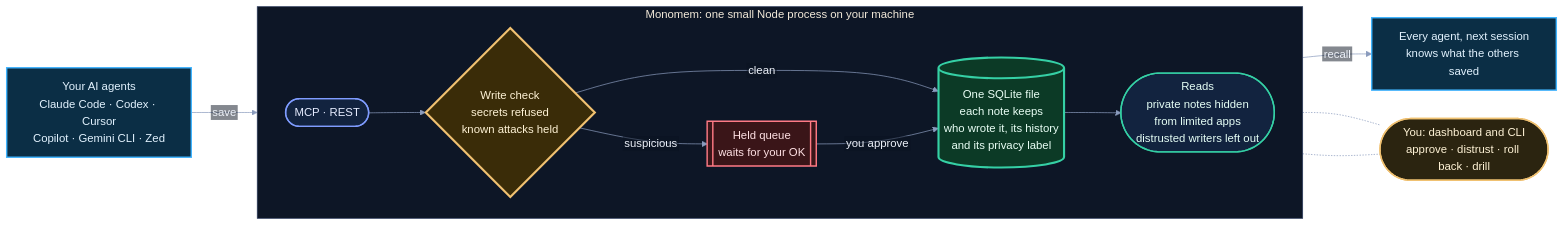
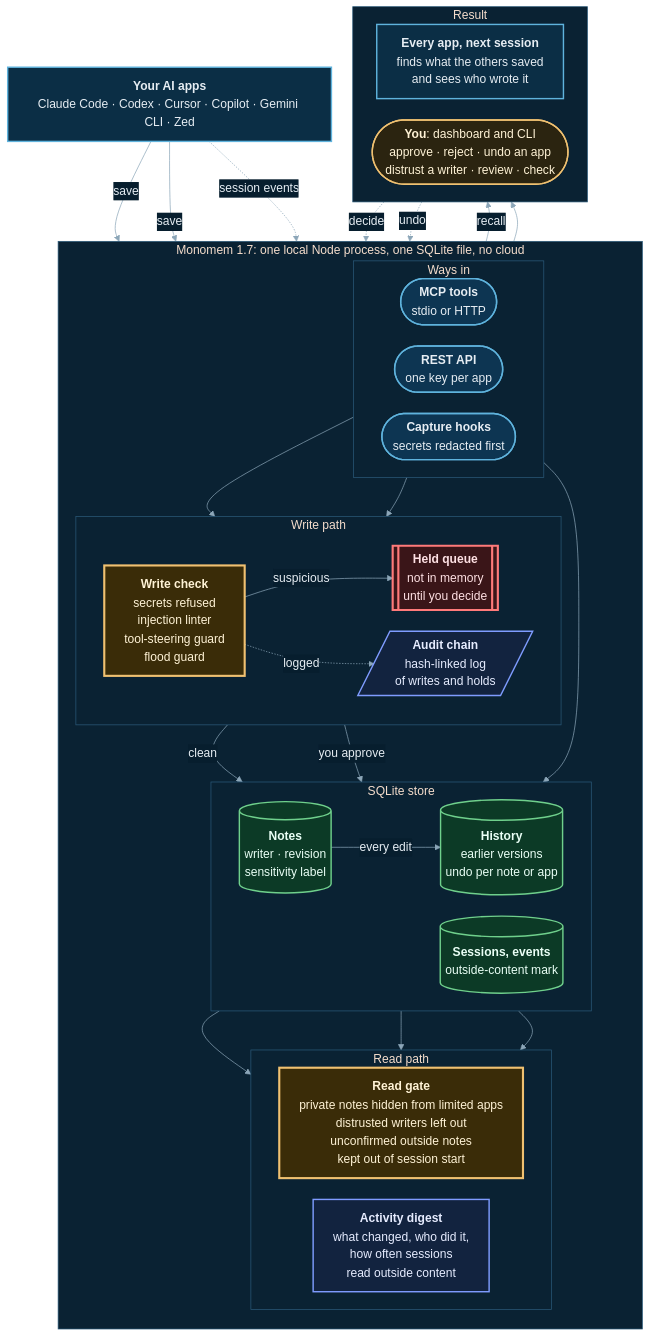
The diagram in docs/monomem-architecture.mmd (calasdan-sketch/monomem), drawn with Mermaid before and after one commit. The commit also changed 10 other files, not shown here.

Commit message:
docs: 1.7.0 demo GIF/MP4, screenshots and architecture diagram from a real run

```diff
--- a/docs/monomem-architecture.mmd
+++ b/docs/monomem-architecture.mmd
@@ -1,44 +1,74 @@
-%%{init: {"theme":"base","flowchart":{"useMaxWidth":false,"htmlLabels":false,"curve":"basis","nodeSpacing":40,"rankSpacing":55},
-  "themeVariables":{"fontFamily":"Arial, Helvetica, sans-serif","fontSize":"16px",
-  "primaryColor":"#12233f","primaryTextColor":"#eef2fa","primaryBorderColor":"#2b3a5c",
-  "lineColor":"#8a9bbd","clusterBkg":"#0d1626","clusterBorder":"#2b3a5c",
-  "edgeLabelBackground":"#0b1220","tertiaryColor":"#0d1626"}}}%%
-flowchart LR
-  AG["Your AI agents<br/>Claude Code · Codex · Cursor<br/>Copilot · Gemini CLI · Zed"]
-  AG2["Every agent, next session<br/>knows what the others saved"]
+%%{init: {"theme":"base","flowchart":{"useMaxWidth":false,"htmlLabels":true,"wrappingWidth":400,"curve":"basis","nodeSpacing":30,"rankSpacing":30,"padding":14},
+  "themeVariables":{"fontFamily":"Arial, Helvetica, sans-serif","fontSize":"17px",
+  "primaryColor":"#0B2E45","primaryTextColor":"#E6EDF3","primaryBorderColor":"#2b5a7a",
+  "lineColor":"#8CA6B8","clusterBkg":"#0a2233","clusterBorder":"#2b5a7a",
+  "edgeLabelBackground":"#071E2E","tertiaryColor":"#0a2233"}}}%%
+flowchart TB
+  APPS["<b>Your AI apps</b><br/>Claude Code · Codex · Cursor · Copilot · Gemini CLI · Zed"]
 
-  subgraph mm["Monomem: one small Node process on your machine"]
-    direction LR
-    IN(["MCP · REST"])
-    GATE{"Write check<br/>secrets refused<br/>known attacks held"}
-    HELD[["Held queue<br/>waits for your OK"]]
-    DB[("One SQLite file<br/>each note keeps<br/>who wrote it, its history<br/>and its privacy label")]
-    OUT(["Reads<br/>private notes hidden<br/>from limited apps<br/>distrusted writers left out"])
-    IN --> GATE
-    GATE -- "clean" --> DB
-    GATE -- "suspicious" --> HELD
-    HELD -- "you approve" --> DB
-    DB --> OUT
+  subgraph mm["Monomem 1.7: one local Node process, one SQLite file, no cloud"]
+    direction TB
+    subgraph door["Ways in"]
+      direction LR
+      MCP(["<b>MCP tools</b><br/>stdio or HTTP"])
+      REST(["<b>REST API</b><br/>one key per app"])
+      HOOK(["<b>Capture hooks</b><br/>secrets redacted first"])
+    end
+    subgraph wp["Write path"]
+      direction LR
+      CHECK["<b>Write check</b><br/>secrets refused<br/>injection linter<br/>tool-steering guard<br/>flood guard"]
+      HELD[["<b>Held queue</b><br/>not in memory<br/>until you decide"]]
+      AUDIT[/"<b>Audit chain</b><br/>hash-linked log<br/>of writes and holds"/]
+    end
+    subgraph db["SQLite store"]
+      direction LR
+      NOTES[("<b>Notes</b><br/>writer · revision<br/>sensitivity label")]
+      HIST[("<b>History</b><br/>earlier versions<br/>undo per note or app")]
+      CAP[("<b>Sessions, events</b><br/>outside-content mark")]
+    end
+    subgraph rp["Read path"]
+      direction LR
+      GATE["<b>Read gate</b><br/>private notes hidden from limited apps<br/>distrusted writers left out<br/>unconfirmed outside notes<br/>kept out of session start"]
+      DIGEST["<b>Activity digest</b><br/>what changed, who did it,<br/>how often sessions<br/>read outside content"]
+    end
   end
 
-  YOU(["You: dashboard and CLI<br/>approve · distrust · roll back · drill"])
+  subgraph out["Result"]
+    direction LR
+    RECALL["<b>Every app, next session</b><br/>finds what the others saved<br/>and sees who wrote it"]
+    YOU(["<b>You</b>: dashboard and CLI<br/>approve · reject · undo an app<br/>distrust a writer · review · check"])
+  end
 
-  AG -- "save" --> IN
-  OUT -- "recall" --> AG2
-  HELD -.- YOU
-  DB -.- YOU
+  APPS -- "save" --> MCP
+  APPS -- "save" --> REST
+  APPS -. "session events" .-> HOOK
+  MCP --> CHECK
+  REST --> CHECK
+  CHECK -- "suspicious" --> HELD
+  CHECK -. "logged" .-> AUDIT
+  CHECK -- "clean" --> NOTES
+  HELD -- "you approve" --> NOTES
+  HOOK --> CAP
+  NOTES -- "every edit" --> HIST
+  NOTES --> GATE
+  NOTES --> DIGEST
+  CAP --> DIGEST
+  GATE -- "recall" --> RECALL
+  DIGEST --> YOU
+  YOU -. "decide" .-> HELD
+  YOU -. "undo" .-> HIST
 
-  classDef agent fill:#0b2e45,stroke:#3fb4ff,stroke-width:2px,color:#e3f3ff;
-  classDef entry fill:#12233f,stroke:#7f9cff,stroke-width:2px,color:#e6ecff;
-  classDef gate  fill:#3a2c08,stroke:#f0c171,stroke-width:3px,color:#fff3d6;
-  classDef held  fill:#3a1518,stroke:#ff7a85,stroke-width:2px,color:#ffe1e4;
-  classDef store fill:#0c3a26,stroke:#35d0a5,stroke-width:3px,color:#eafff6;
-  classDef read  fill:#12233f,stroke:#35d0a5,stroke-width:2px,color:#e6fff6;
-  classDef you   fill:#2b2410,stroke:#f0c171,stroke-width:2px,color:#fff3d6;
-  class AG,AG2 agent;
-  class IN entry;
-  class GATE gate;
+  classDef app    fill:#0B2E45,stroke:#5FB3DD,stroke-width:2px,color:#E6EDF3;
+  classDef door   fill:#0d3552,stroke:#5FB3DD,stroke-width:2px,color:#E6EDF3;
+  classDef gate   fill:#3a2c08,stroke:#F0C171,stroke-width:3px,color:#FFF3D6;
+  classDef held   fill:#3a1518,stroke:#FF7A7A,stroke-width:3px,color:#FFE1E4;
+  classDef store  fill:#0c3a26,stroke:#6FD08C,stroke-width:2px,color:#EAFFF6;
+  classDef audit  fill:#12233f,stroke:#7f9cff,stroke-width:2px,color:#E6ECFF;
+  classDef you    fill:#2b2410,stroke:#F0C171,stroke-width:2px,color:#FFF3D6;
+  class APPS,RECALL app;
+  class MCP,REST,HOOK door;
+  class CHECK,GATE gate;
   class HELD held;
-  class DB store;
-  class OUT read;
+  class NOTES,HIST,CAP store;
+  class AUDIT,DIGEST audit;
   class YOU you;
```
